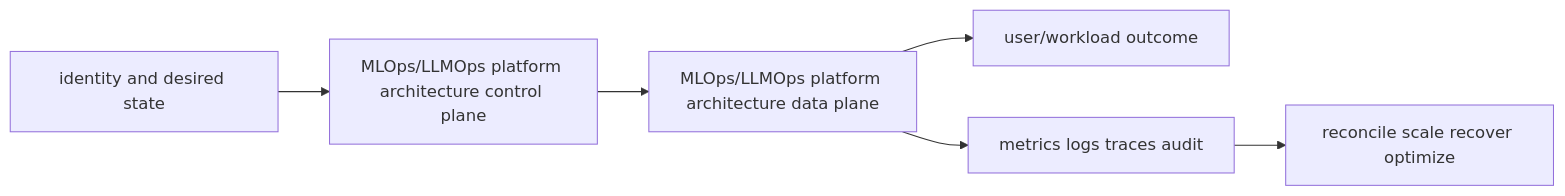
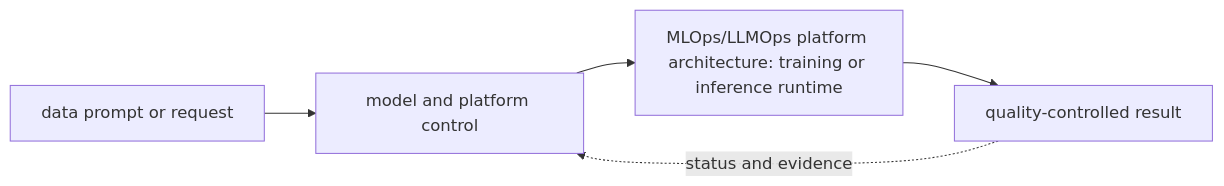
The diagram in 11-ai-platform/08-mlops-and-llmops-lifecycle/01-lifecycle-platform-architecture/README.md (tomkidumbuyo/DevOps-interview-preparation), drawn with Mermaid before and after one commit. The commit also changed other lines of this file and 753 other files, not shown here.

````diff
--- a/11-ai-platform/08-mlops-and-llmops-lifecycle/01-lifecycle-platform-architecture/README.md
+++ b/11-ai-platform/08-mlops-and-llmops-lifecycle/01-lifecycle-platform-architecture/README.md
@@ -19,8 +31,7 @@
 ```mermaid
 flowchart LR
-  I[identity and desired state] --> C[MLOps/LLMOps platform architecture control plane]
-  C --> D[MLOps/LLMOps platform architecture data plane]
-  D --> U[user/workload outcome]
-  D --> O[metrics logs traces audit]
-  O --> R[reconcile scale recover optimize]
+  A["data prompt or request"] --> B["model and platform control"]
+  B --> C["MLOps/LLMOps platform architecture: training or inference runtime"]
+  C --> D["quality-controlled result"]
+  D -. "status and evidence" .-> B
 ```
````
